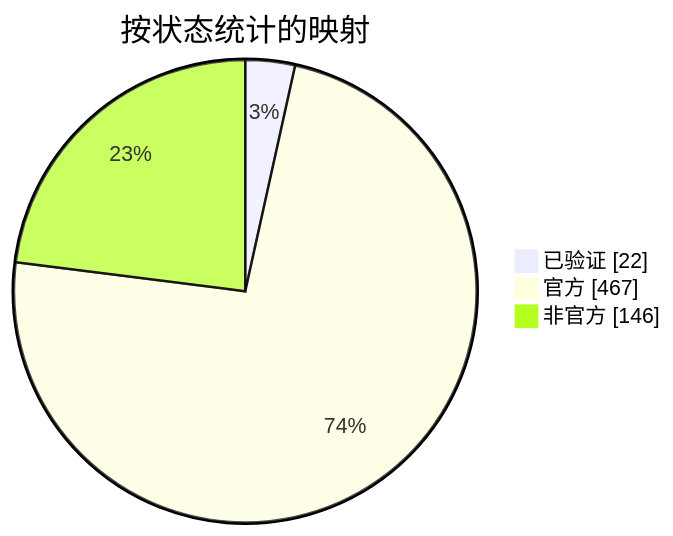
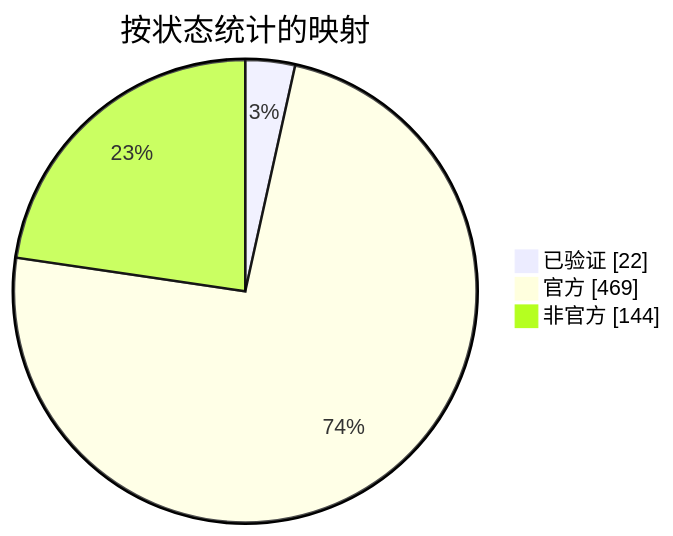
One commit to nobrega8/mbmap-library changed the diagram in docs/readme/README_ZHS.md. Above: the diagram before and after it, drawn with Mermaid. The commit also changed 4 other files, not shown here.

````diff
--- a/docs/readme/README_ZHS.md
+++ b/docs/readme/README_ZHS.md
@@ -54,7 +54,7 @@
 ```mermaid
 pie showData
     title 按状态统计的映射
     "已验证" : 22
-    "官方" : 467
-    "非官方" : 146
+    "官方" : 469
+    "非官方" : 144
 ```
````
